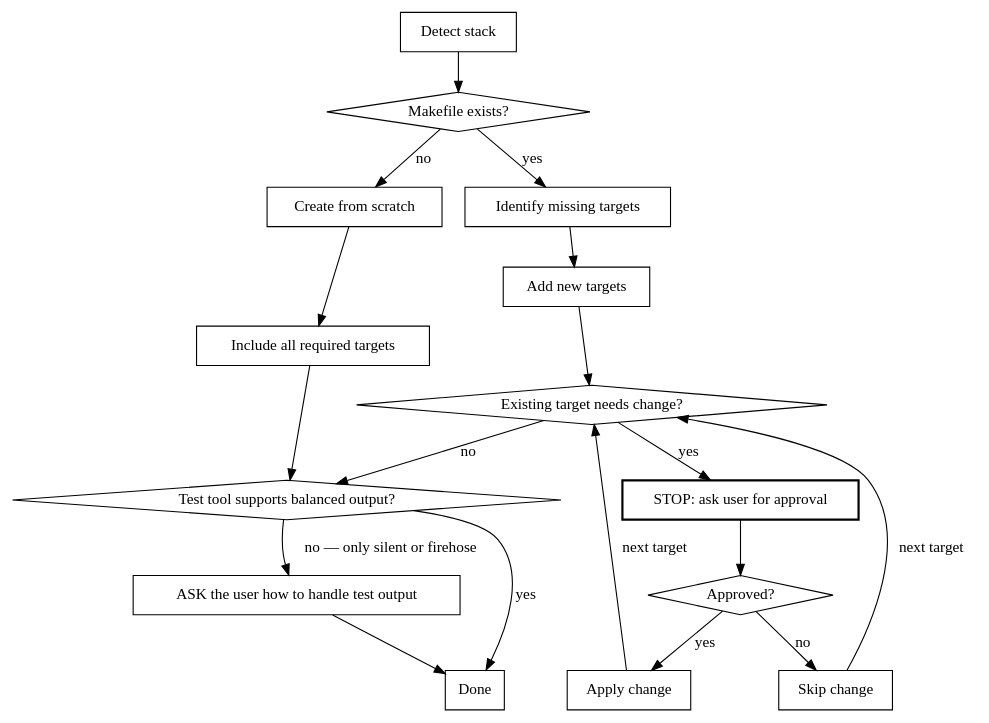
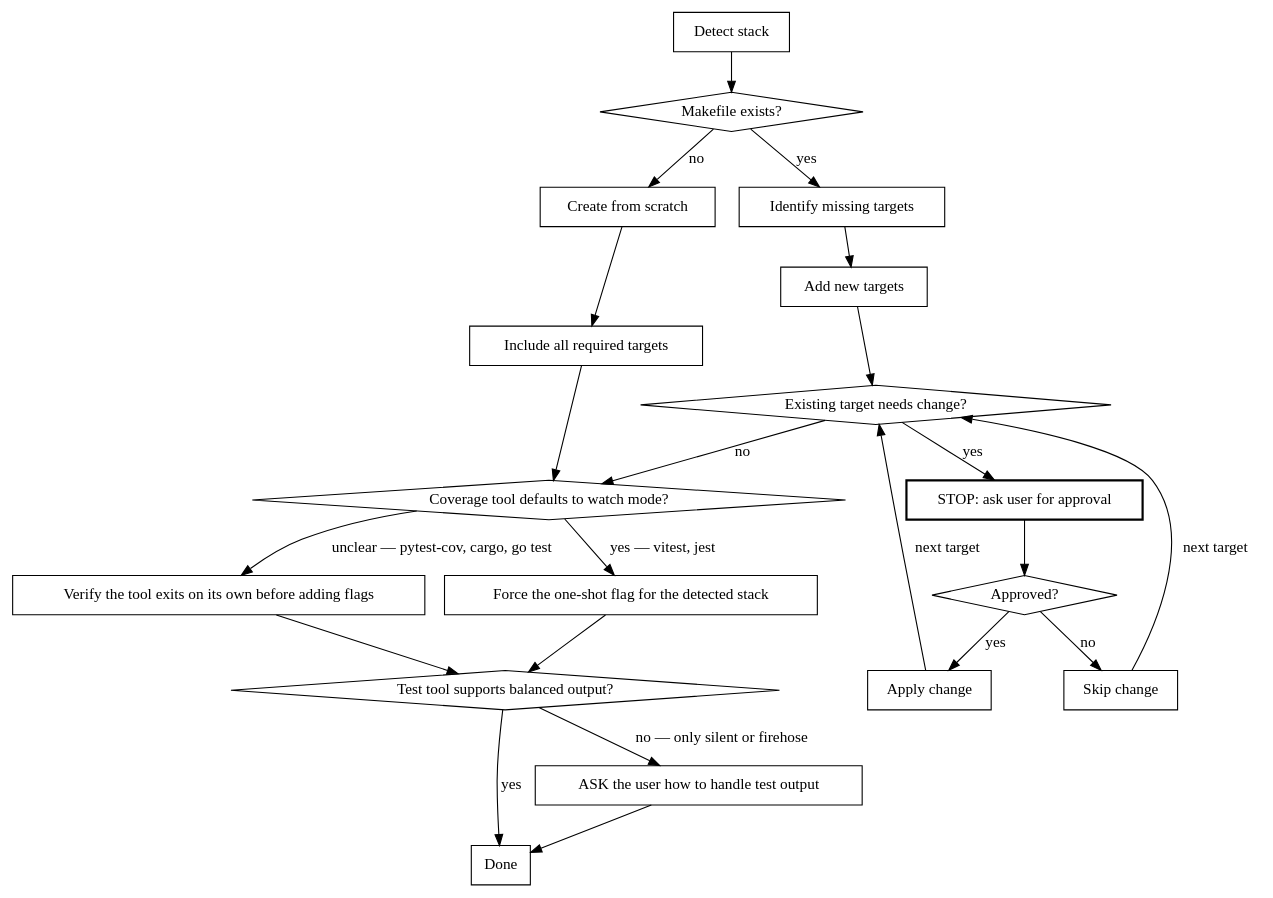
The diagram in plugins/paad/skills/makefile/SKILL.md (Ovid/paad), drawn with Graphviz before and after one commit. The commit also changed 2 other files, not shown here.

Commit message:
makefile/architecture/alignment: three review corrections
makefile: draw the cover watch-mode gate — getting it wrong hangs the build,
which outranks the output-verbosity decision that was drawn instead.

agentic-architecture: the distributed-system check lives inside the
Integration & Data specialist's prompt, not in the orchestrator between
Phase 2 and Phase 3; relabelled to say whose decision it is.

alignment: hoist the saved-to-files check above the update-vs-report fork,
matching both the prose ('then proceed with the chosen output option') and
the identical construct in pushback.

````diff
--- a/plugins/paad/skills/makefile/SKILL.md
+++ b/plugins/paad/skills/makefile/SKILL.md
@@ -16,37 +16,44 @@
 ```dot
 digraph makefile_flow {
     "Makefile exists?" [shape=diamond];
     "Existing target needs change?" [shape=diamond];
     "Approved?" [shape=diamond];
+    "Coverage tool defaults to watch mode?" [shape=diamond];
     "Test tool supports balanced output?" [shape=diamond];
 
     "Detect stack" [shape=box];
     "Create from scratch" [shape=box];
     "Include all required targets" [shape=box];
     "Identify missing targets" [shape=box];
     "Add new targets" [shape=box];
     "STOP: ask user for approval" [shape=box, style=bold];
     "Apply change" [shape=box];
     "Skip change" [shape=box];
+    "Force the one-shot flag for the detected stack" [shape=box];
+    "Verify the tool exits on its own before adding flags" [shape=box];
     "ASK the user how to handle test output" [shape=box];
     "Done" [shape=box];
 
     "Detect stack" -> "Makefile exists?";
     "Makefile exists?" -> "Create from scratch" [label="no"];
     "Makefile exists?" -> "Identify missing targets" [label="yes"];
     "Create from scratch" -> "Include all required targets";
-    "Include all required targets" -> "Test tool supports balanced output?";
+    "Include all required targets" -> "Coverage tool defaults to watch mode?";
     "Identify missing targets" -> "Add new targets";
     "Add new targets" -> "Existing target needs change?";
-    "Existing target needs change?" -> "Test tool supports balanced output?" [label="no"];
+    "Existing target needs change?" -> "Coverage tool defaults to watch mode?" [label="no"];
+    "Coverage tool defaults to watch mode?" -> "Force the one-shot flag for the detected stack" [label="yes — vitest, jest"];
+    "Coverage tool defaults to watch mode?" -> "Verify the tool exits on its own before adding flags" [label="unclear — pytest-cov, cargo, go test"];
+    "Force the one-shot flag for the detected stack" -> "Test tool supports balanced output?";
+    "Verify the tool exits on its own before adding flags" -> "Test tool supports balanced output?";
     "Existing target needs change?" -> "STOP: ask user for approval" [label="yes"];
     "STOP: ask user for approval" -> "Approved?";
     "Approved?" -> "Apply change" [label="yes"];
     "Approved?" -> "Skip change" [label="no"];
     "Apply change" -> "Existing target needs change?" [label="next target"];
     "Skip change" -> "Existing target needs change?" [label="next target"];
     "Test tool supports balanced output?" -> "Done" [label="yes"];
     "Test tool supports balanced output?" -> "ASK the user how to handle test output" [label="no — only silent or firehose"];
     "ASK the user how to handle test output" -> "Done";
 }
 ```
````
